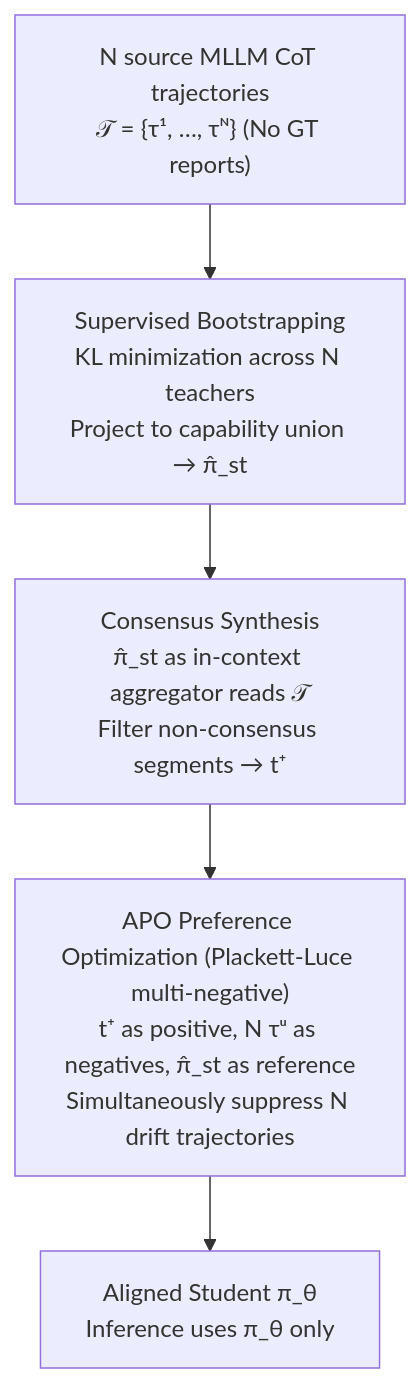
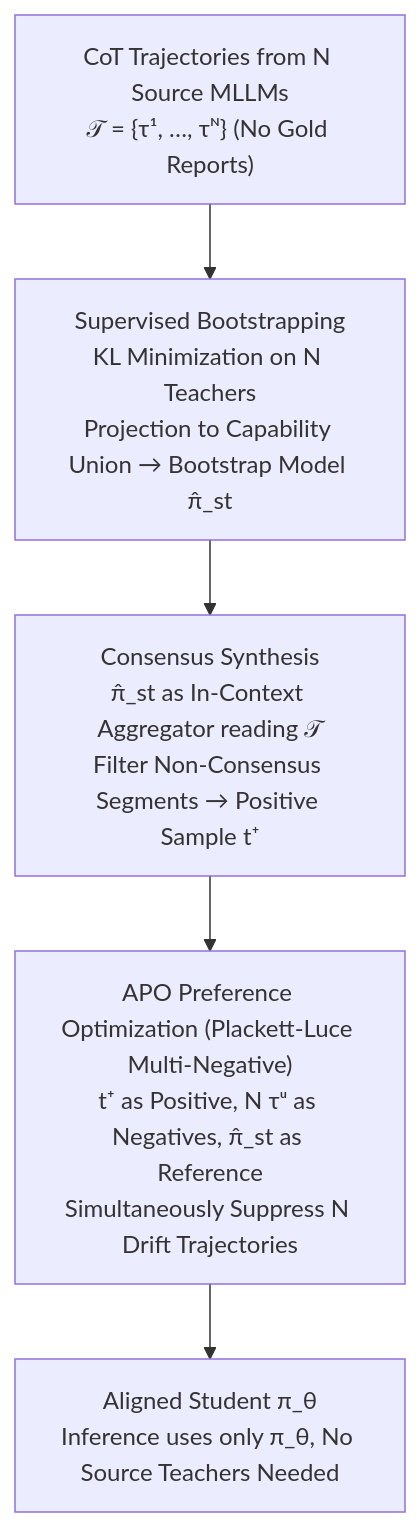
One commit to zhaoyang97/Paper-Notes-en changed the diagram in docs/ICML2026/medical_imaging/turning_drift_into_constraint_robust_reasoning_alignment_in_non-stationary_envir.md. Above: the diagram before and after it, drawn with Mermaid. The commit also changed other lines of this file and 5084 other files, not shown here.

````diff
--- a/docs/ICML2026/medical_imaging/turning_drift_into_constraint_robust_reasoning_alignment_in_non-stationary_envir.md
+++ b/docs/ICML2026/medical_imaging/turning_drift_into_constraint_robust_reasoning_alignment_in_non-stationary_envir.md
@@ -43,7 +43,7 @@
 ```mermaid
 graph TD
-    A["N source MLLM CoT trajectories<br/>𝒯 = {τ¹, …, τᴺ} (No GT reports)"] --> B["Supervised Bootstrapping<br/>KL minimization across N teachers<br/>Project to capability union → π̂_st"]
-    B --> C["Consensus Synthesis<br/>π̂_st as in-context aggregator reads 𝒯<br/>Filter non-consensus segments → t⁺"]
-    C --> D["APO Preference Optimization (Plackett-Luce multi-negative)<br/>t⁺ as positive, N τᵘ as negatives, π̂_st as reference<br/>Simultaneously suppress N drift trajectories"]
-    D --> E["Aligned Student π_θ<br/>Inference uses π_θ only"]
+    A["CoT Trajectories from N Source MLLMs<br/>𝒯 = {τ¹, …, τᴺ} (No Gold Reports)"] --> B["Supervised Bootstrapping<br/>KL Minimization on N Teachers<br/>Projection to Capability Union → Bootstrap Model π̂_st"]
+    B --> C["Consensus Synthesis<br/>π̂_st as In-Context Aggregator reading 𝒯<br/>Filter Non-Consensus Segments → Positive Sample t⁺"]
+    C --> D["APO Preference Optimization (Plackett-Luce Multi-Negative)<br/>t⁺ as Positive, N τᵘ as Negatives, π̂_st as Reference<br/>Simultaneously Suppress N Drift Trajectories"]
+    D --> E["Aligned Student π_θ<br/>Inference uses only π_θ, No Source Teachers Needed"]
 ```
````
